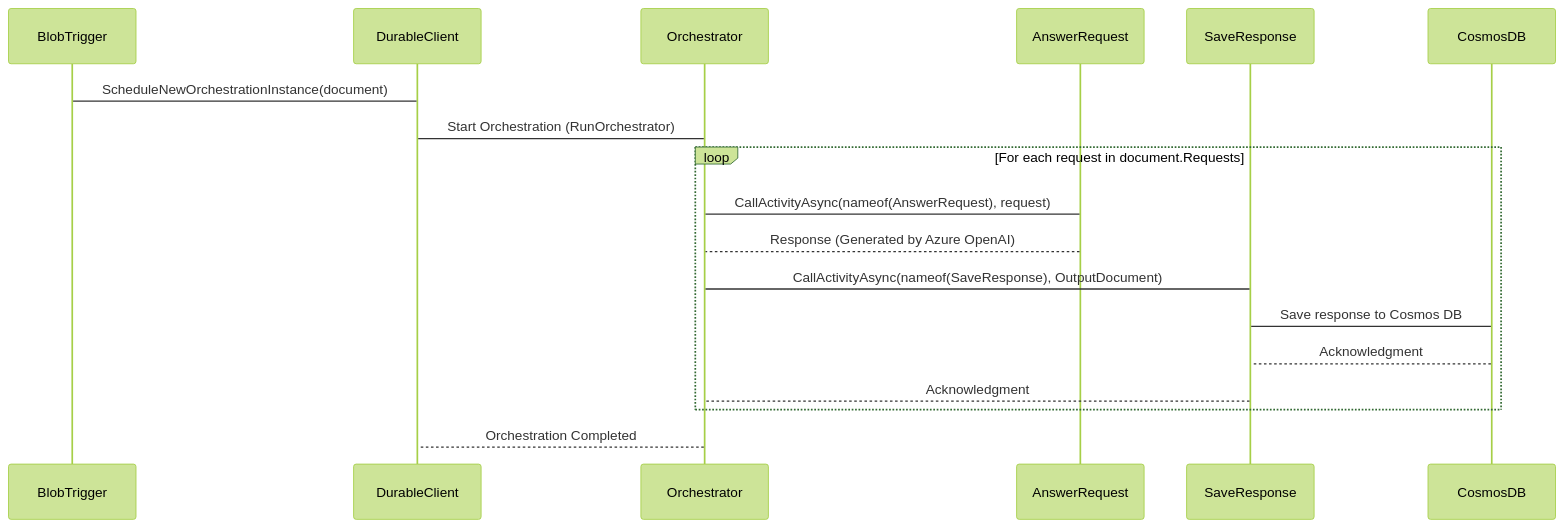
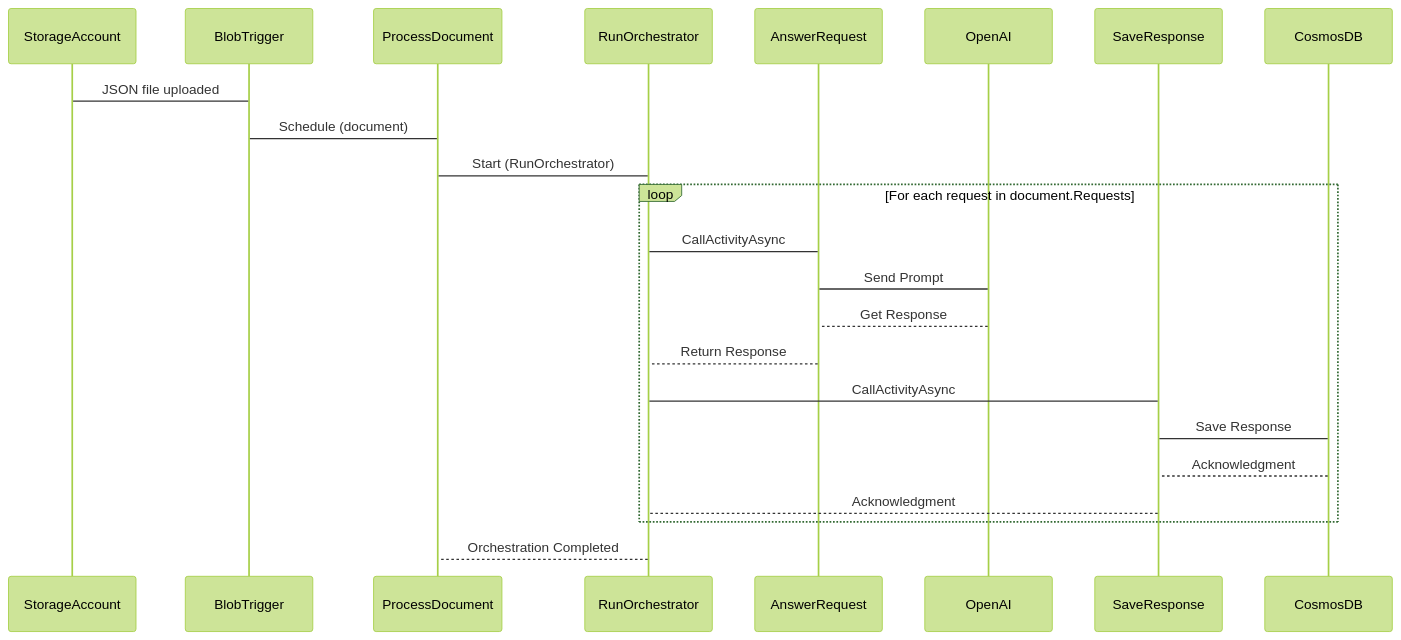
The diagram in README.md (paolosalvatori/durable-functions-blob-openai-cosmosdb), drawn with Mermaid (forest theme) before and after one commit. The commit also changed other lines of this file and 17 other files, not shown here.

````diff
--- a/README.md
+++ b/README.md
@@ -22,24 +74,27 @@
 ```mermaid
 sequenceDiagram
+    Participant StorageAccount
     Participant BlobTrigger
-    Participant DurableClient
-    Participant Orchestrator
+    Participant ProcessDocument
+    Participant RunOrchestrator
     Participant AnswerRequest
+    Participant OpenAI
     Participant SaveResponse
     Participant CosmosDB
     
-    BlobTrigger -> DurableClient: ScheduleNewOrchestrationInstance(document)
-    DurableClient -> Orchestrator: Start Orchestration (RunOrchestrator)
+    StorageAccount -> BlobTrigger: JSON file uploaded
+    BlobTrigger -> ProcessDocument: Schedule (document)
+    ProcessDocument -> RunOrchestrator: Start (RunOrchestrator)
     
     loop For each request in document.Requests
-        Orchestrator -> AnswerRequest: CallActivityAsync(nameof(AnswerRequest), request)
-        AnswerRequest --> Orchestrator: Response (Generated by Azure OpenAI)
-    
-        Orchestrator -> SaveResponse: CallActivityAsync(nameof(SaveResponse), OutputDocument)
-        SaveResponse -> CosmosDB: Save response to Cosmos DB
+        RunOrchestrator -> AnswerRequest: CallActivityAsync
+        AnswerRequest -> OpenAI: Send Prompt
+        OpenAI --> AnswerRequest: Get Response
+        AnswerRequest --> RunOrchestrator: Return Response
+        RunOrchestrator -> SaveResponse: CallActivityAsync
+        SaveResponse -> CosmosDB: Save Response
         CosmosDB --> SaveResponse: Acknowledgment
-        SaveResponse --> Orchestrator: Acknowledgment
+        SaveResponse --> RunOrchestrator: Acknowledgment
     end
-    
-    Orchestrator --> DurableClient: Orchestration Completed
+    RunOrchestrator --> ProcessDocument: Orchestration Completed
 ```
````
